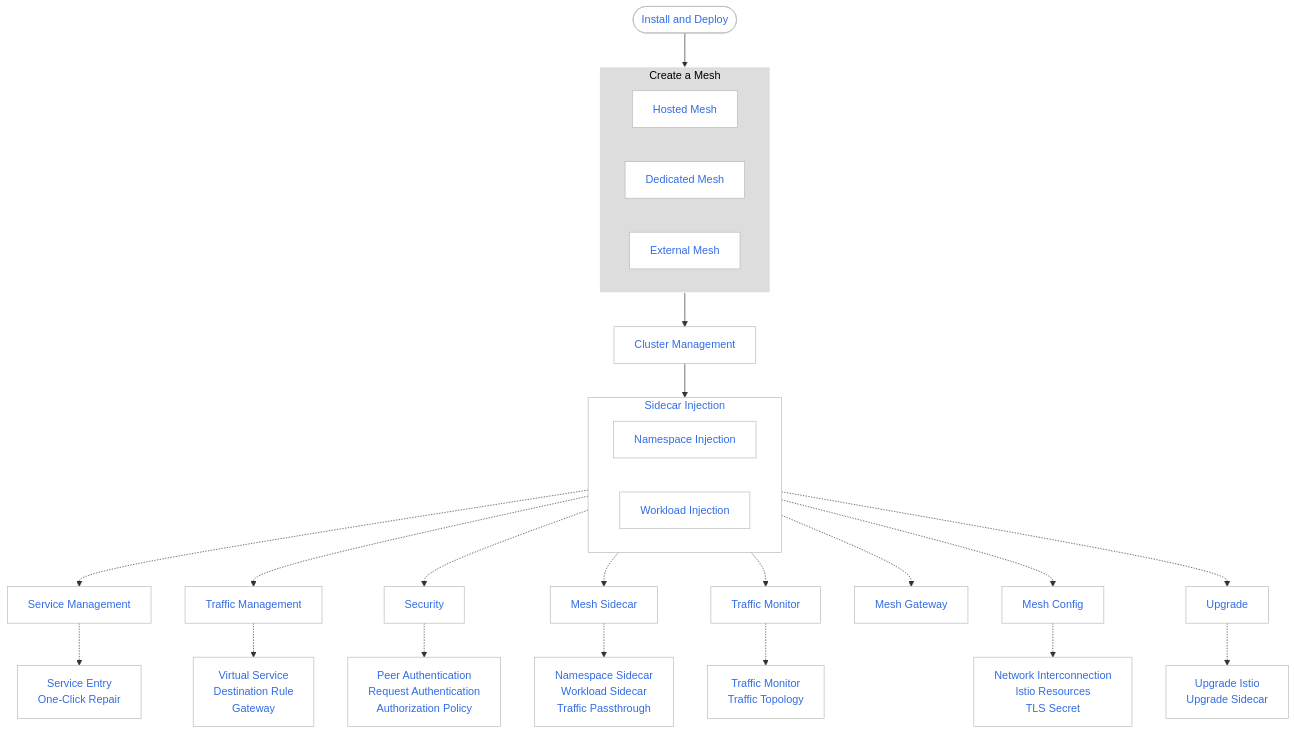
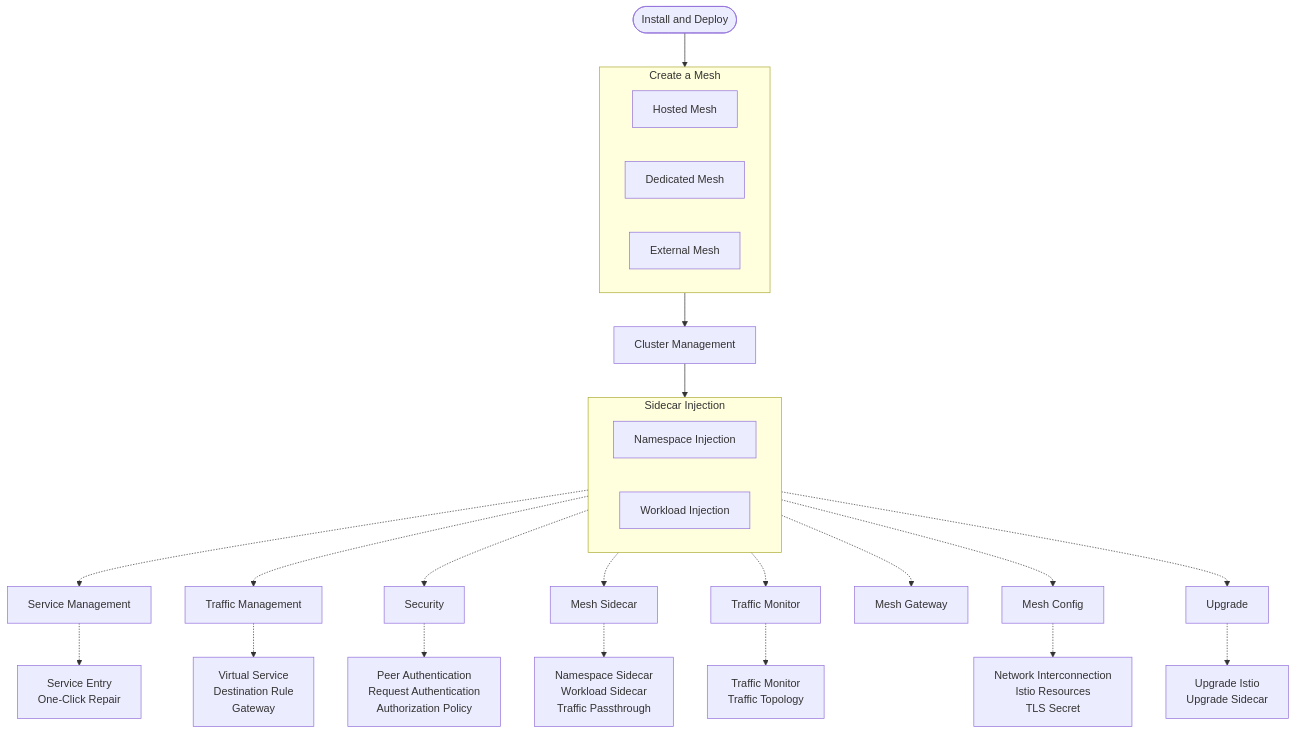
Before and after one commit to DaoCloud/DaoCloud-docs: the diagram in docs/en/docs/mspider/intro/index.md, drawn with Mermaid. The commit also changed 40 other files, not shown here.

Commit message:
remove classdef and class from mermaid blocks globally (#7555)

````diff
--- a/docs/en/docs/mspider/intro/index.md
+++ b/docs/en/docs/mspider/intro/index.md
@@ -89,69 +89,60 @@
 ```mermaid
 flowchart TD
 
     install([Install and Deploy])
     install --> mesh[Create a Mesh]
         subgraph mesh[Create a Mesh]
             managed[Hosted Mesh]
             private[Dedicated Mesh]
             external[External Mesh]
             
         end
 
     mesh --> cluster[Cluster Management]
 
     cluster --> inject[Sidecar Injection]
 
         subgraph inject[Sidecar Injection]
             namespace[Namespace Injection]
             workload[Workload Injection]
         end
 
-    
     inject -.-> service[Service Management]
     inject -.-> traffic[Traffic Management]
     inject -.-> security[Security]
     inject -.-> sidecar[Mesh Sidecar]
     inject -.-> watch[Traffic Monitor]
     inject -.-> gateway[Mesh Gateway]
     inject -.-> config[Mesh Config]
     inject -.-> upgrade[Upgrade]
     
-
     service -.-> entry[Service Entry<br>One-Click Repair]
     traffic -.-> virtual[Virtual Service<br>Destination Rule<br>Gateway]
     security -.-> peer[Peer Authentication<br>Request Authentication<br>Authorization Policy]
     sidecar -.-> sidecarm[Namespace Sidecar<br>Workload Sidecar<br>Traffic Passthrough]
     watch -.-> watch2[Traffic Monitor<br>Traffic Topology]
     config -.-> intercon[Network Interconnection<br>Istio Resources<br>TLS Secret]
     upgrade -.-> upgrade1[Upgrade Istio<br>Upgrade Sidecar]
-
-    classDef plain fill:#ddd,stroke:#fff,stroke-width:1px,color:#000;
-    classDef k8s fill:#326ce5,stroke:#fff,stroke-width:1px,color:#fff;
-    classDef cluster fill:#fff,stroke:#bbb,stroke-width:1px,color:#326ce5;
-
-    class mesh plain
-    class install,service,gateway,traffic,watch,upgrade,security,entry,virtual,peer,cluster,sidecar,sidecarm,watch2,managed,private,external,namespace,workload,upgrade1,config,intercon cluster
 
     click install "https://docs.daocloud.io/en/mspider/install/install/"
     click managed "https://docs.daocloud.io/en/mspider/user-guide/service-mesh/"
     click private "https://docs.daocloud.io/en/mspider/user-guide/service-mesh/"
     click external "https://docs.daocloud.io/en/mspider/user-guide/service-mesh/external-mesh/"
     click cluster "https://docs.daocloud.io/en/mspider/user-guide/cluster-management/join-clus/"
     click global "https://docs.daocloud.io/en/mspider/user-guide/sidecar-management/global-sidecar/"
     click namespace "https://docs.daocloud.io/en/mspider/user-guide/sidecar-management/ns-sidecar/"
     click workload "https://docs.daocloud.io/en/mspider/user-guide/sidecar-management/workload-sidecar/"
     click gateway "https://docs.daocloud.io/en/mspider/user-guide/gateway-instance/create/"
     click service "https://docs.daocloud.io/en/mspider/user-guide/service-list/"
     click traffic "https://docs.daocloud.io/en/mspider/user-guide/traffic-governance/"
     click security "https://docs.daocloud.io/en/mspider/user-guide/security/"
     click watch "https://docs.daocloud.io/en/mspider/user-guide/traffic-monitor/"
     click upgrade "https://docs.daocloud.io/en/mspider/user-guide/upgrade/istio-update/"
     click entry "https://docs.daocloud.io/en/mspider/user-guide/service-list/service-entry/"
     click virtual "https://docs.daocloud.io/en/mspider/user-guide/traffic-governance/virtual-service/"
     click peer "https://docs.daocloud.io/en/mspider/user-guide/security/peer/"
     click sidecar "https://docs.daocloud.io/en/mspider/user-guide/sidecar-management/ns-sidecar/"
     click sidecarm "https://docs.daocloud.io/en/mspider/user-guide/sidecar-management/passthrough/"
     click watch2 "https://docs.daocloud.io/en/mspider/user-guide/traffic-monitor/conn-topo/"
     click intercon "https://docs.daocloud.io/en/mspider/user-guide/multicluster/cluster-interconnect/"
 ```
````
